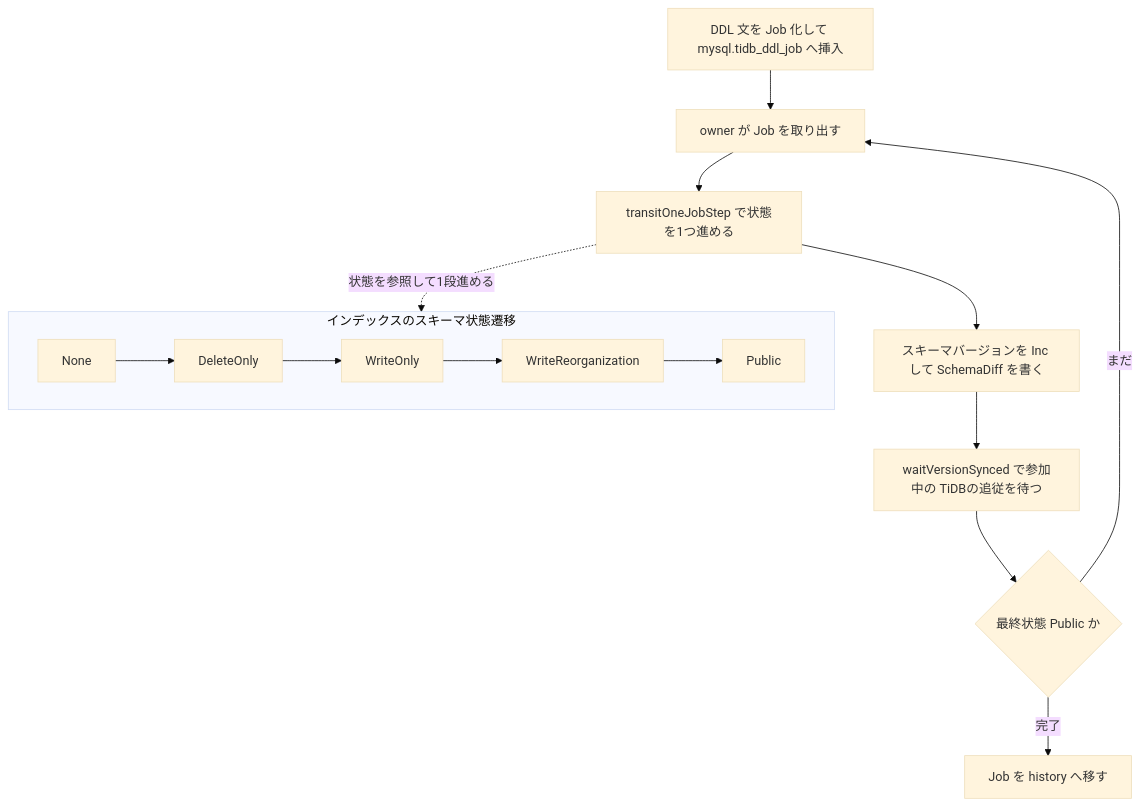
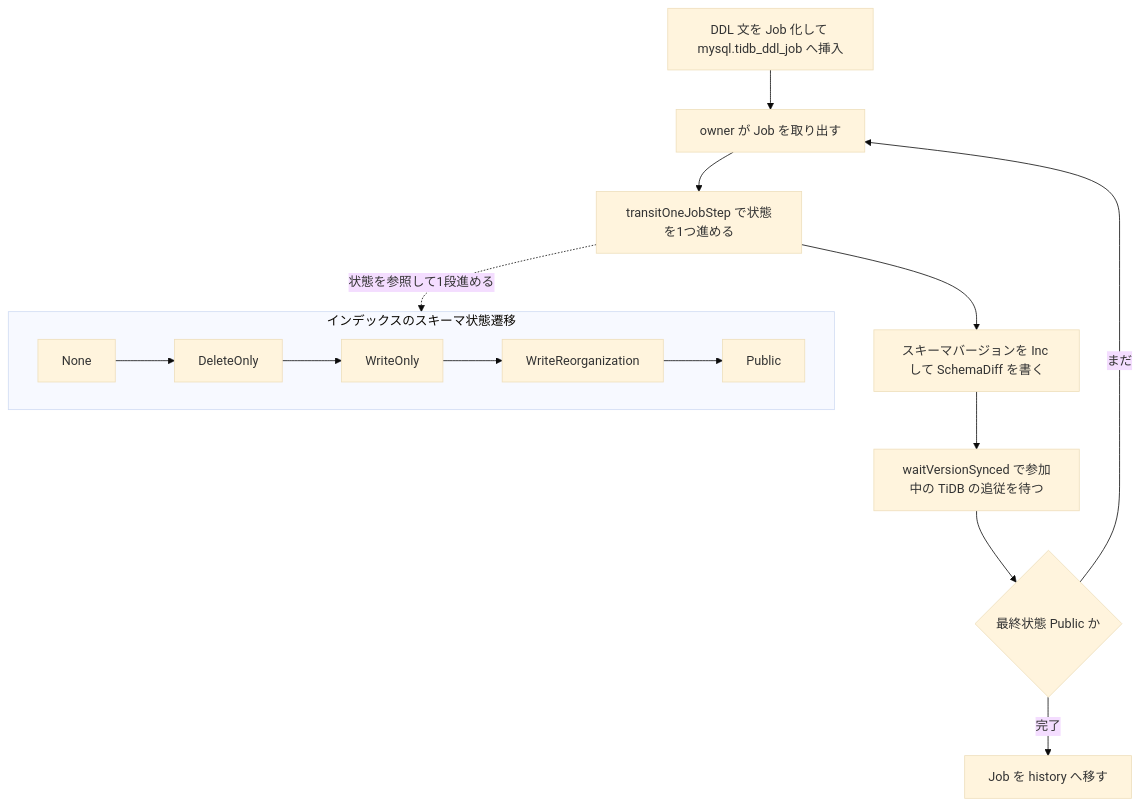
One commit to miyamadoKL/source-code-reading changed the diagram in tidb/tidb/part05-ddl-infra/20-online-ddl.md. Above: the diagram before and after it, drawn with Mermaid (base theme). The commit also changed other lines of this file, not shown here.

````diff
--- a/tidb/tidb/part05-ddl-infra/20-online-ddl.md
+++ b/tidb/tidb/part05-ddl-infra/20-online-ddl.md
@@ -562,20 +562,20 @@
 ```mermaid
 flowchart TD
     Q["DDL 文を Job 化して mysql.tidb_ddl_job へ挿入"] --> OWN["owner が Job を取り出す"]
     OWN --> STEP["transitOneJobStep で状態を1つ進める"]
     STEP --> VER["スキーマバージョンを Inc して SchemaDiff を書く"]
-    VER --> WAIT["waitVersionSynced で参加中の TiDBの追従を待つ"]
+    VER --> WAIT["waitVersionSynced で参加中の TiDB の追従を待つ"]
     WAIT --> CHK{"最終状態 Public か"}
     CHK -->|まだ| OWN
     CHK -->|完了| DONE["Job を history へ移す"]
 
     subgraph SM["インデックスのスキーマ状態遷移"]
         direction LR
         S0["None"] --> S1["DeleteOnly"]
         S1 --> S2["WriteOnly"]
         S2 --> S3["WriteReorganization"]
         S3 --> S4["Public"]
     end
 
     STEP -.状態を参照して1段進める.-> SM
 ```
````
